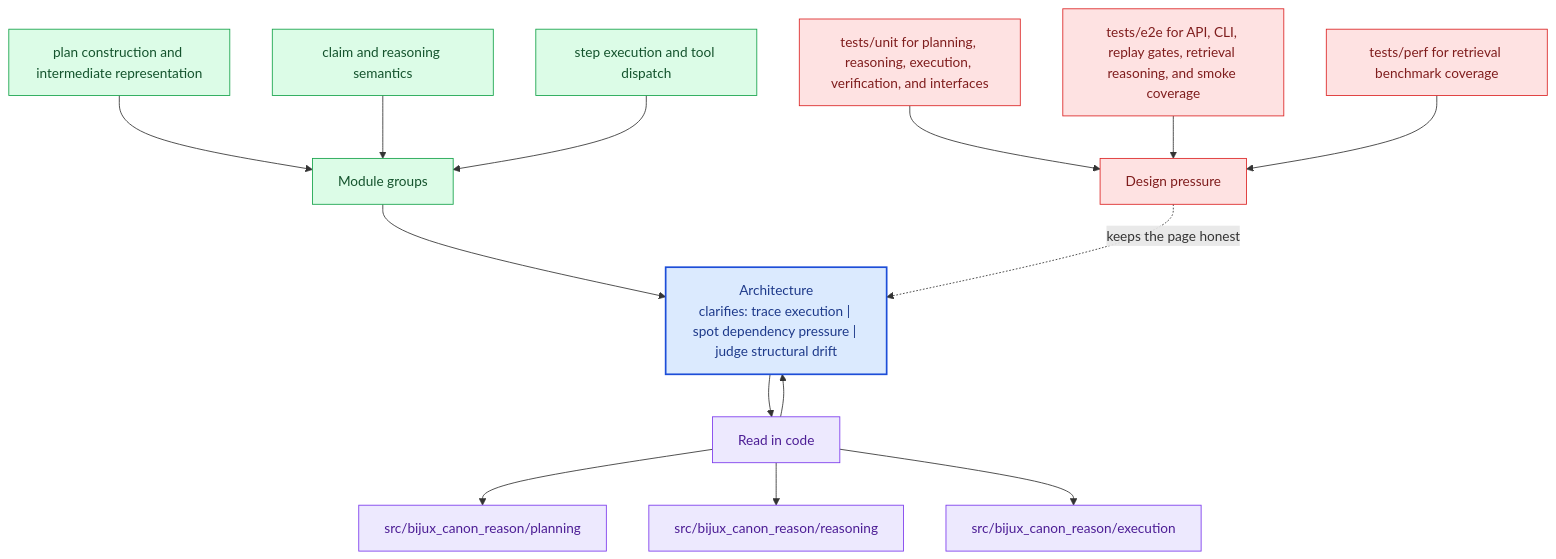
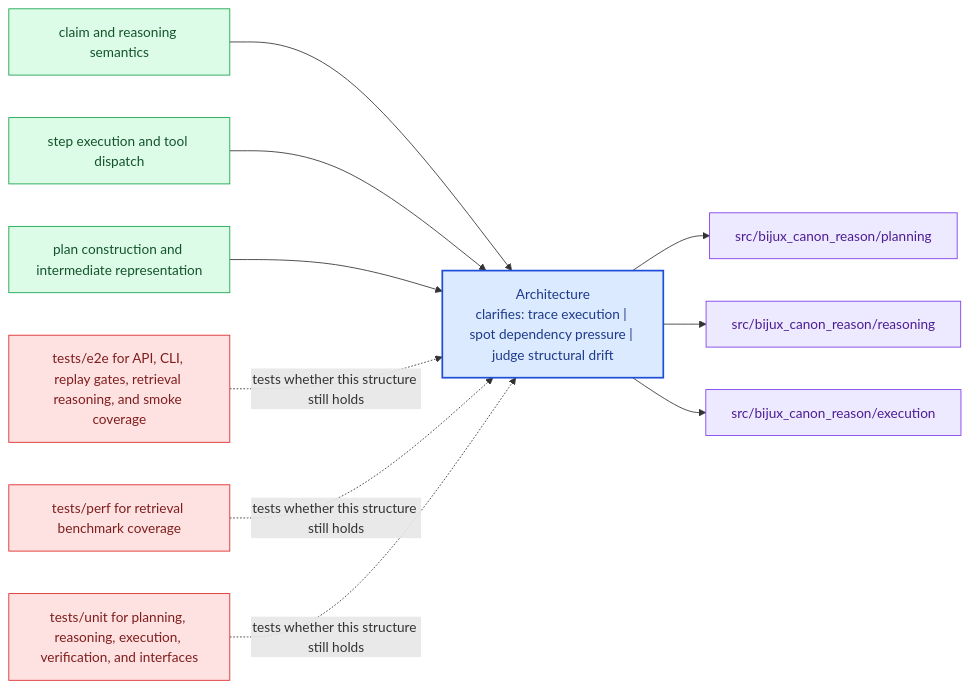
The diagram in docs/bijux-canon-reason/architecture/index.md (bijux/bijux-canon), drawn with Mermaid before and after one commit. The commit also changed other lines of this file and 281 other files, not shown here.

Commit message:
docs(diagrams): replace repeated mermaid scaffolds with page-specific summaries

````diff
--- a/docs/bijux-canon-reason/architecture/index.md
+++ b/docs/bijux-canon-reason/architecture/index.md
@@ -65,40 +20,31 @@
 ```mermaid
-flowchart TB
-    promise["Architecture<br/>clarifies: trace execution | spot dependency pressure | judge structural drift"]
-    classDef promise fill:#dbeafe,stroke:#1d4ed8,color:#1e3a8a,stroke-width:2px;
-    classDef driver fill:#dcfce7,stroke:#16a34a,color:#14532d;
-    classDef constraint fill:#fee2e2,stroke:#dc2626,color:#7f1d1d;
-    classDef ground fill:#ede9fe,stroke:#7c3aed,color:#4c1d95;
-    focus1["Module groups"]
-    focus1 --> promise
-    focus1_1["plan construction and intermediate representation"]
-    focus1_1 --> focus1
-    focus1_2["claim and reasoning semantics"]
-    focus1_2 --> focus1
-    focus1_3["step execution and tool dispatch"]
-    focus1_3 --> focus1
-    class focus1 driver;
-    class focus1_1,focus1_2,focus1_3 driver;
-    focus2["Read in code"]
-    focus2 --> promise
-    promise --> focus2
-    focus2_1["src/bijux_canon_reason/planning"]
-    focus2 --> focus2_1
-    focus2_2["src/bijux_canon_reason/reasoning"]
-    focus2 --> focus2_2
-    focus2_3["src/bijux_canon_reason/execution"]
-    focus2 --> focus2_3
-    class focus2 ground;
-    class focus2_1,focus2_2,focus2_3 ground;
-    focus3["Design pressure"]
-    focus3 -.keeps the page honest.-> promise
-    focus3_1["tests/unit for planning, reasoning, execution, verification, and interfaces"]
-    focus3_1 --> focus3
-    focus3_2["tests/e2e for API, CLI, replay gates, retrieval reasoning, and smoke coverage"]
-    focus3_2 --> focus3
-    focus3_3["tests/perf for retrieval benchmark coverage"]
-    focus3_3 --> focus3
-    class focus3 constraint;
-    class focus3_1,focus3_2,focus3_3 constraint;
-    class promise promise;
+flowchart LR
+    page["Architecture<br/>clarifies: trace execution | spot dependency pressure | judge structural drift"]
+    classDef page fill:#dbeafe,stroke:#1d4ed8,color:#1e3a8a,stroke-width:2px;
+    classDef positive fill:#dcfce7,stroke:#16a34a,color:#14532d;
+    classDef caution fill:#fee2e2,stroke:#dc2626,color:#7f1d1d;
+    classDef anchor fill:#ede9fe,stroke:#7c3aed,color:#4c1d95;
+    classDef action fill:#fef3c7,stroke:#d97706,color:#7c2d12;
+    module1["claim and reasoning semantics"]
+    module1 --> page
+    module2["step execution and tool dispatch"]
+    module2 --> page
+    module3["plan construction and intermediate representation"]
+    module3 --> page
+    code1["src/bijux_canon_reason/planning"]
+    page --> code1
+    code2["src/bijux_canon_reason/reasoning"]
+    page --> code2
+    code3["src/bijux_canon_reason/execution"]
+    page --> code3
+    pressure1["tests/e2e for API, CLI, replay gates, retrieval reasoning, and smoke coverage"]
+    pressure1 -.tests whether this structure still holds.-> page
+    pressure2["tests/perf for retrieval benchmark coverage"]
+    pressure2 -.tests whether this structure still holds.-> page
+    pressure3["tests/unit for planning, reasoning, execution, verification, and interfaces"]
+    pressure3 -.tests whether this structure still holds.-> page
+    class page page;
+    class module1,module2,module3 positive;
+    class code1,code2,code3 anchor;
+    class pressure1,pressure2,pressure3 caution;
 ```
````
